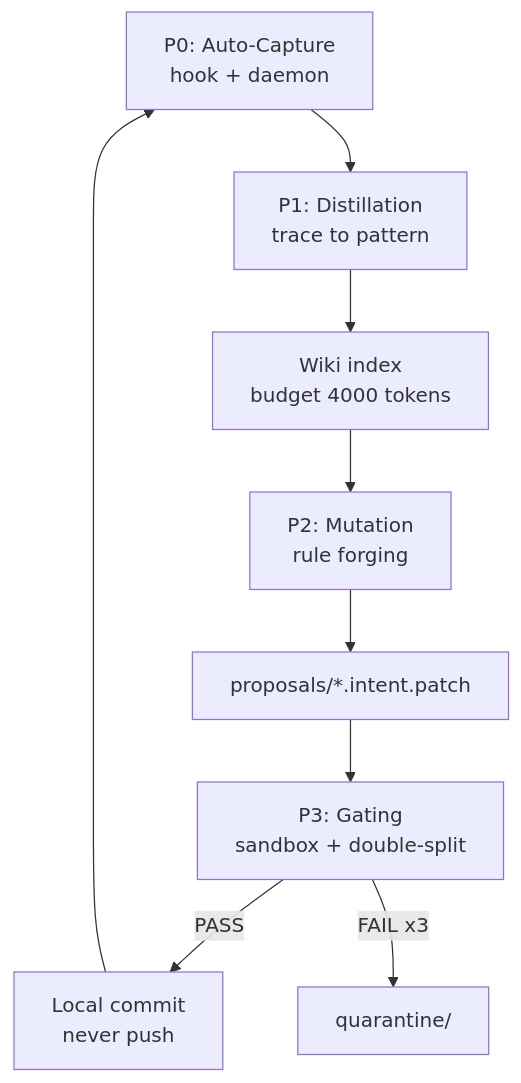
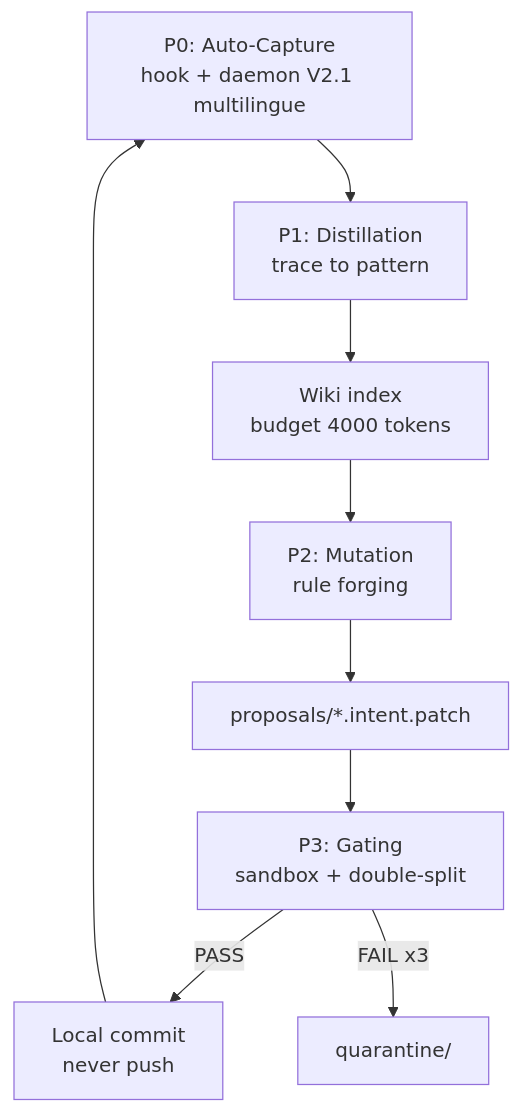
One commit to lordmahonheim-bot/Tesla-Antigravity-CLI changed the diagram in 60-WikiSkill-Ouroboros/SKILL.md. Above: the diagram before and after it, drawn with Mermaid. The commit also changed other lines of this file and 9 other files, not shown here.

````diff
--- a/60-WikiSkill-Ouroboros/SKILL.md
+++ b/60-WikiSkill-Ouroboros/SKILL.md
@@ -22,11 +24,11 @@
 ```mermaid
 graph TD
-    P0[P0: Auto-Capture<br/>hook + daemon] --> P1[P1: Distillation<br/>trace to pattern]
+    P0[P0: Auto-Capture<br/>hook + daemon V2.1 multilingue] --> P1[P1: Distillation<br/>trace to pattern]
     P1 --> IDX[Wiki index<br/>budget 4000 tokens]
     IDX --> P2[P2: Mutation<br/>rule forging]
     P2 --> PROP[proposals/*.intent.patch]
     PROP --> P3[P3: Gating<br/>sandbox + double-split]
     P3 -->|PASS| C[Local commit<br/>never push]
     P3 -->|FAIL x3| Q[quarantine/]
     C --> P0
 ```
````
